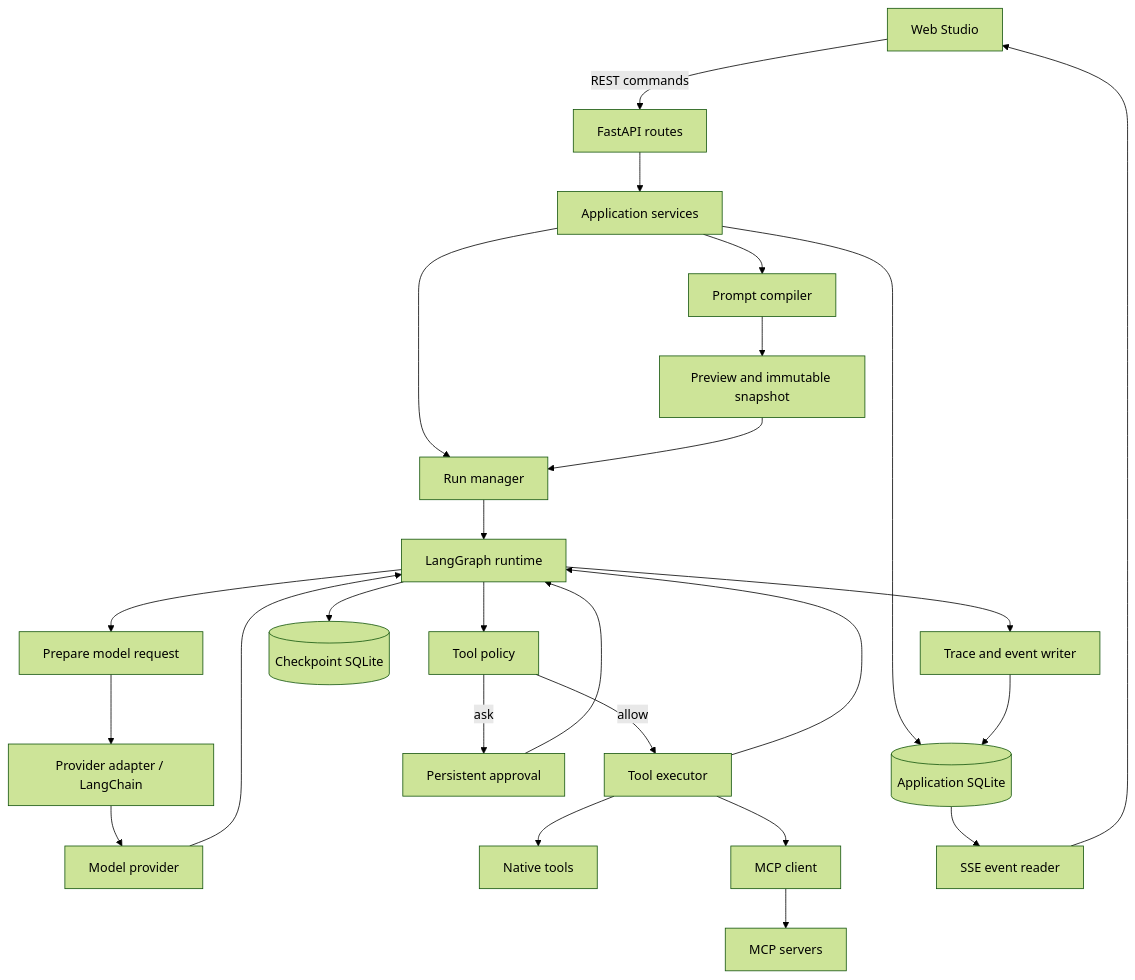
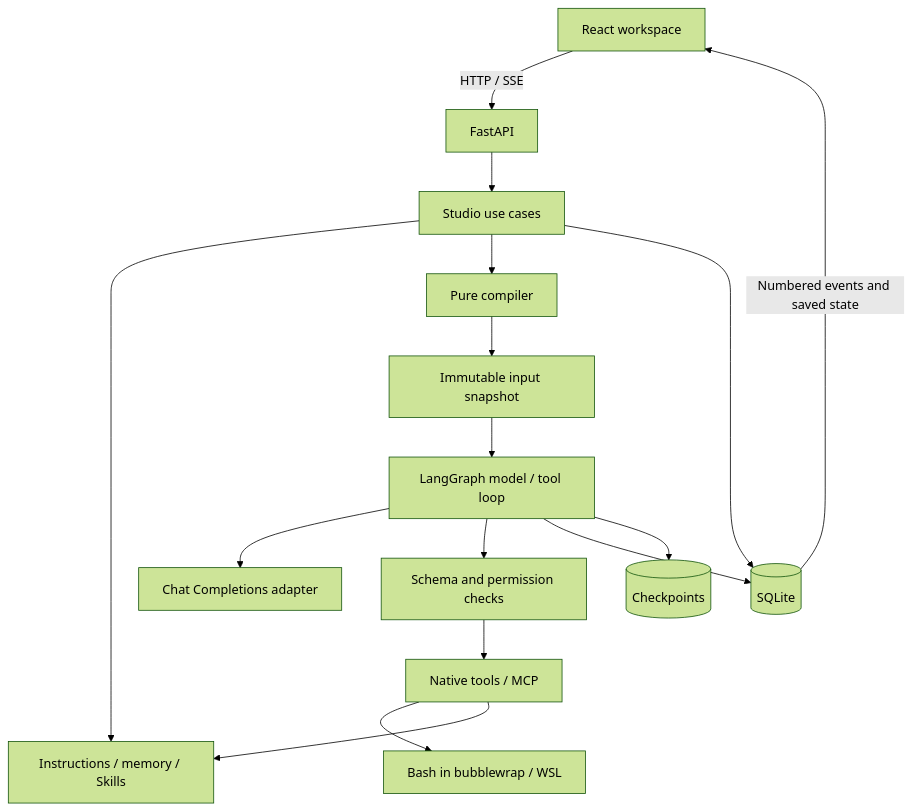
Before and after one commit to shiraha721/glassbox: the diagram in docs/architecture.md, drawn with Mermaid (forest theme). The commit also changed other lines of this file and 32 other files, not shown here.

Commit message:
feat: add sandboxed workspace tools, memory and skills

````diff
--- a/docs/architecture.md
+++ b/docs/architecture.md
@@ -64,28 +9,18 @@
 ```mermaid
 flowchart TD
-    UI[Web Studio] -->|REST commands| API[FastAPI routes]
-    API --> APP[Application services]
-    APP --> COMP[Prompt compiler]
-    COMP --> PREVIEW[Preview and immutable snapshot]
-    APP --> RUN[Run manager]
-    PREVIEW --> RUN
-    RUN --> GRAPH[LangGraph runtime]
-    GRAPH --> PREP[Prepare model request]
-    PREP --> ADAPTER[Provider adapter / LangChain]
-    ADAPTER --> LLM[Model provider]
-    LLM --> GRAPH
-    GRAPH --> POLICY[Tool policy]
-    POLICY -->|allow| EXEC[Tool executor]
-    POLICY -->|ask| APPROVAL[Persistent approval]
-    APPROVAL --> GRAPH
-    EXEC --> NATIVE[Native tools]
-    EXEC --> MCP[MCP client]
-    MCP --> SERVERS[MCP servers]
-    EXEC --> GRAPH
-    APP --> STORE[(Application SQLite)]
-    GRAPH --> CP[(Checkpoint SQLite)]
-    GRAPH --> TRACE[Trace and event writer]
-    TRACE --> STORE
-    STORE --> SSE[SSE event reader]
-    SSE --> UI
+    UI[React workspace] -->|HTTP / SSE| API[FastAPI]
+    API --> APP[Studio use cases]
+    APP --> FILES[Instructions / memory / Skills]
+    APP --> COMP[Pure compiler]
+    COMP --> SNAP[Immutable input snapshot]
+    SNAP --> RUN[LangGraph model / tool loop]
+    RUN --> MODEL[Chat Completions adapter]
+    RUN --> POLICY[Schema and permission checks]
+    POLICY --> TOOLS[Native tools / MCP]
+    TOOLS --> BASH[Bash in bubblewrap / WSL]
+    TOOLS --> FILES
+    APP --> DB[(SQLite)]
+    RUN --> DB
+    RUN --> CP[(Checkpoints)]
+    DB -->|Numbered events and saved state| UI
 ```
````
